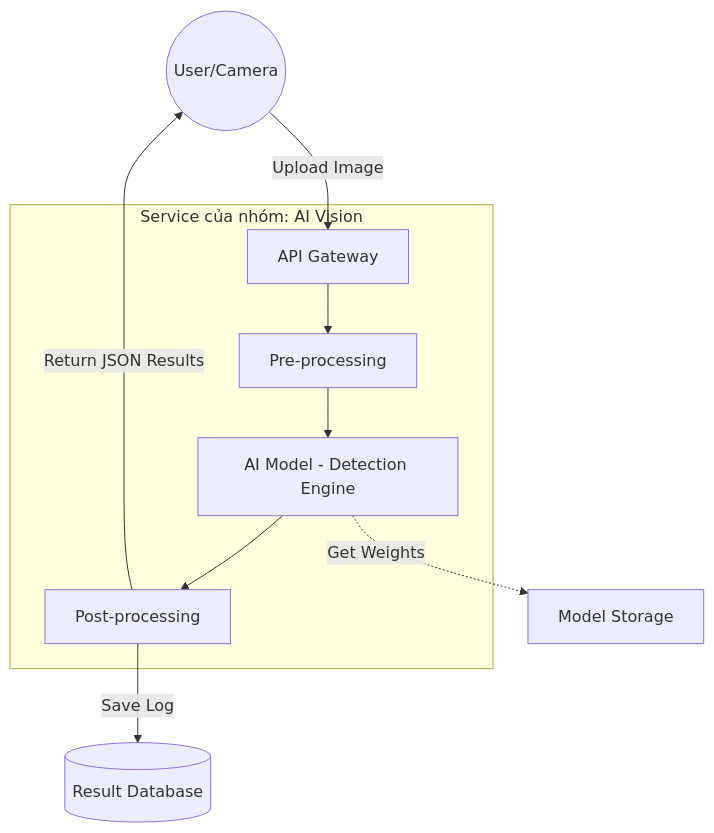
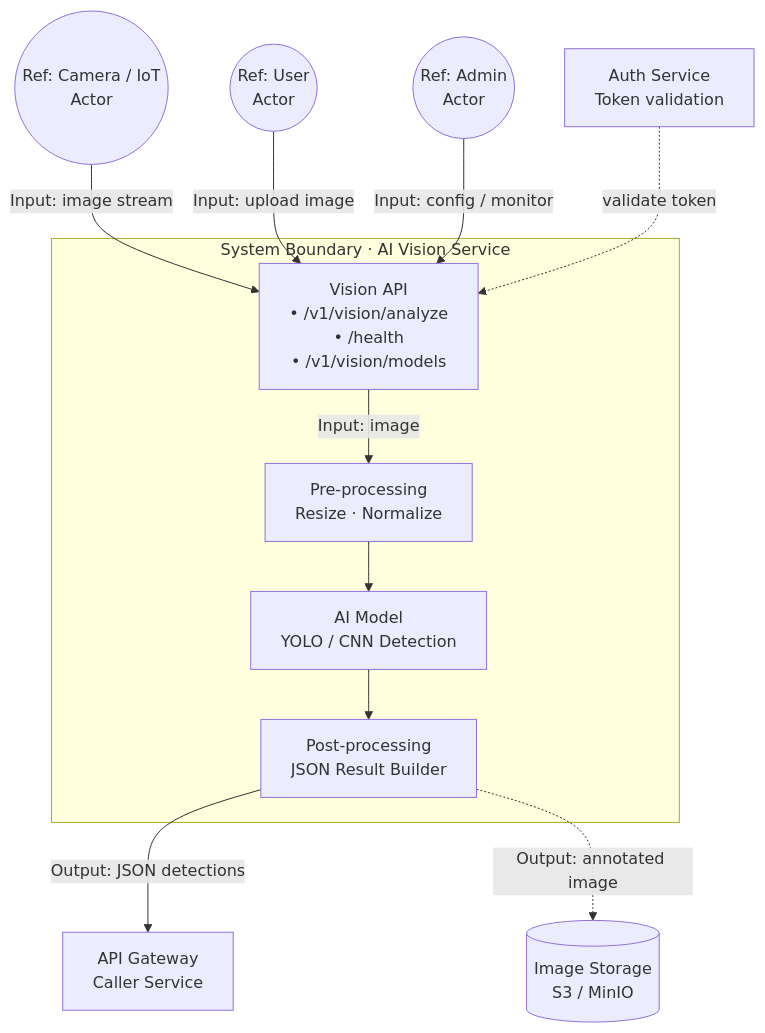
One commit to FIT-17-13/lab1-setup-Geinjr changed the diagram in evidence/buoi-01/service-boundary.md. Above: the diagram before and after it, drawn with Mermaid. The commit also changed other lines of this file, not shown here.

Commit message:
Update service boundary with accurate AI Vision diagram and specs

````diff
--- a/evidence/buoi-01/service-boundary.md
+++ b/evidence/buoi-01/service-boundary.md
@@ -45,12 +54,37 @@
 ```mermaid
 flowchart TD
-    User((User/Camera)) -->|Upload Image| Gateway[API Gateway]
-    subgraph AI_Vision_Service [Service của nhóm: AI Vision]
-        Gateway --> PreProcess[Pre-processing]
-        PreProcess --> Model[AI Model - Detection Engine]
-        Model --> PostProcess[Post-processing]
+    %% Định nghĩa các Actor (Vòng tròn)
+    CAM((Ref: Camera / IoT<br>Actor))
+    USR((Ref: User<br>Actor))
+    ADM((Ref: Admin<br>Actor))
+
+    %% Định nghĩa các bên tích hợp ngoài
+    GW[API Gateway<br>Caller Service]
+    AUTH[Auth Service<br>Token validation]
+    STORE[(Image Storage<br>S3 / MinIO)]
+
+    %% Ranh giới hệ thống của nhóm
+    subgraph BOUNDARY ["System Boundary · AI Vision Service"]
+        API["Vision API<br>• /v1/vision/analyze<br>• /health<br>• /v1/vision/models"]
+        PRE[Pre-processing<br>Resize · Normalize]
+        MODEL[AI Model<br>YOLO / CNN Detection]
+        POST[Post-processing<br>JSON Result Builder]
+
+        API -->|Input: image| PRE
+        PRE --> MODEL
+        MODEL --> POST
     end
-    PostProcess -->|Return JSON Results| User
-    PostProcess -->|Save Log| DB[(Result Database)]
-    Model -.->|Get Weights| Storage[Model Storage]
+
+    %% Luồng dữ liệu kích hoạt hệ thống
+    CAM -->|Input: image stream| API
+    USR -->|Input: upload image| API
+    ADM -->|Input: config / monitor| API
+
+    %% Luồng xác thực hỗ trợ
+    AUTH -.->|validate token| API
+
+    %% Luồng kết quả đầu ra
+    POST -->|Output: JSON detections| GW
+    POST -.->|Output: annotated image| STORE
+
 ```
````
